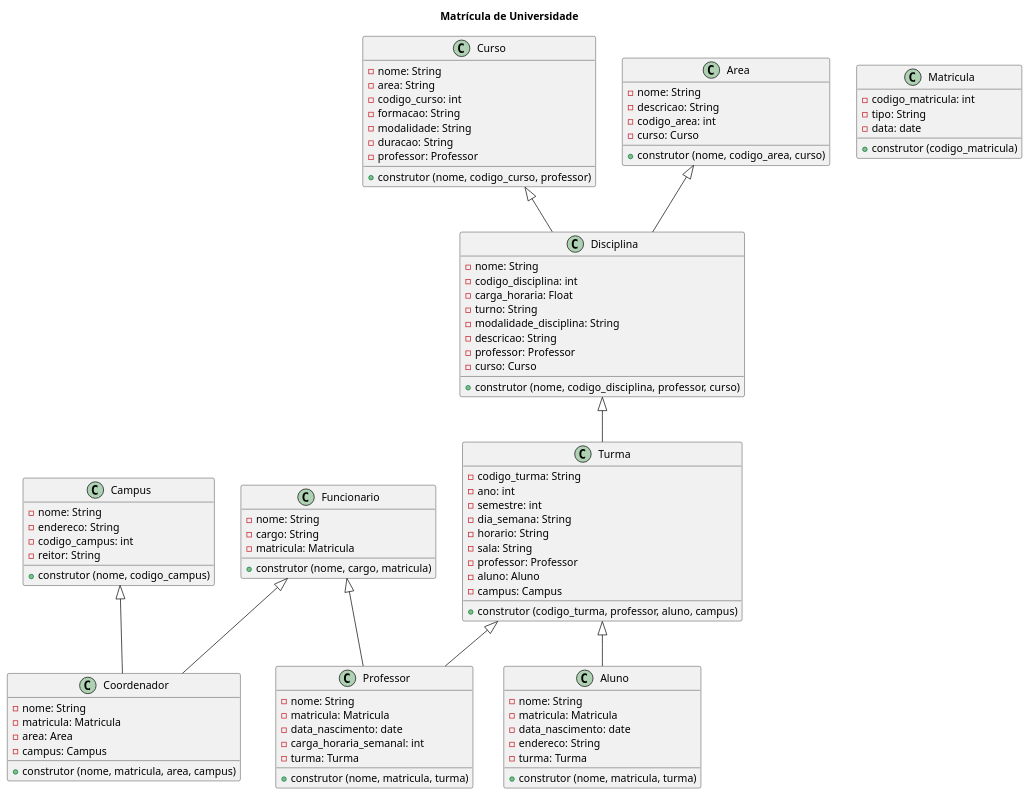
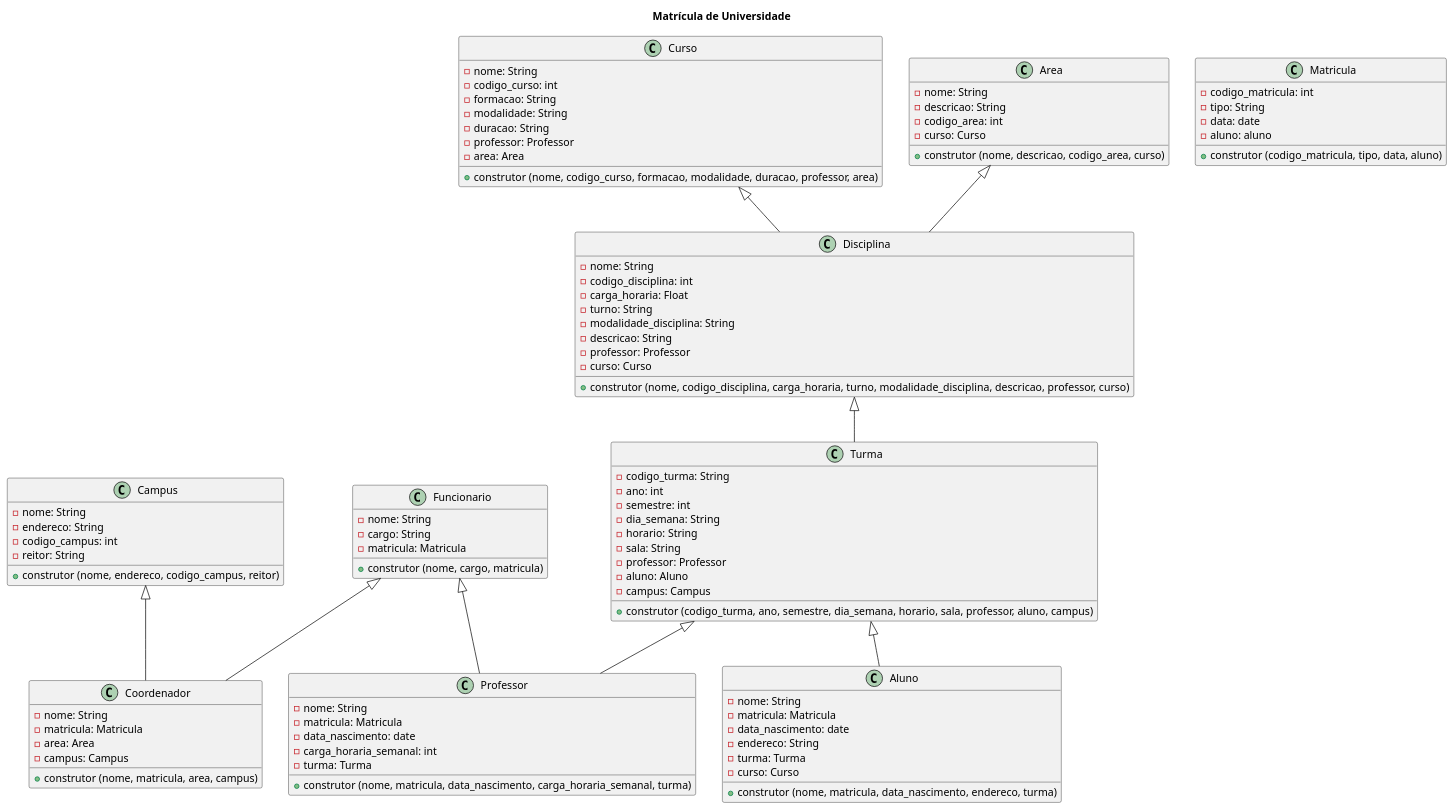
Before and after one commit to anleaes/2022-1-N2-POO-05: the diagram in diagrama.plantuml, drawn with PlantUML. The commit also changed 10 other files, not shown here.

Commit message:
adicionei todas as classes que estavam criadas no diagrama

```diff
--- a/diagrama.plantuml
+++ b/diagrama.plantuml
@@ -1,107 +1,109 @@
 @startuml
 
 title Matrícula de Universidade
 
 
 class Aluno{
     - nome: String
     - matricula: Matricula 
     - data_nascimento: date
     - endereco: String
     - turma: Turma
-    + construtor (nome, matricula, turma)
+    - curso: Curso
+    + construtor (nome, matricula, data_nascimento, endereco, turma)
 }
 
 class Turma{
     - codigo_turma: String
     - ano: int
     - semestre: int
     - dia_semana: String
     - horario: String
     - sala: String
     - professor: Professor
     - aluno: Aluno
     - campus: Campus
-    + construtor (codigo_turma, professor, aluno, campus)
+    + construtor (codigo_turma, ano, semestre, dia_semana, horario, sala, professor, aluno, campus)
 }
 
 class Professor{
     - nome: String
     - matricula: Matricula
     - data_nascimento: date
     - carga_horaria_semanal: int
     - turma: Turma
-    + construtor (nome, matricula, turma)
+    + construtor (nome, matricula, data_nascimento, carga_horaria_semanal, turma)
 }
 
 class Curso{
     - nome: String  
-    - area: String
     - codigo_curso: int
     - formacao: String
     - modalidade: String
     - duracao: String
     - professor: Professor
-    + construtor (nome, codigo_curso, professor)
+    - area: Area
+    + construtor (nome, codigo_curso, formacao, modalidade, duracao, professor, area)
 }
 
 class Disciplina{
     - nome: String
     - codigo_disciplina: int
     - carga_horaria: Float
     - turno: String
     - modalidade_disciplina: String
     - descricao: String
     - professor: Professor
     - curso: Curso
-    + construtor (nome, codigo_disciplina, professor, curso)
+    + construtor (nome, codigo_disciplina, carga_horaria, turno, modalidade_disciplina, descricao, professor, curso)
 }
 
 class Coordenador{
     - nome: String
     - matricula: Matricula
     - area: Area
     - campus: Campus
     + construtor (nome, matricula, area, campus)
 }
 
 class Matricula{
     - codigo_matricula: int
     - tipo: String
     - data: date
-    + construtor (codigo_matricula)
+    - aluno: aluno
+    + construtor (codigo_matricula, tipo, data, aluno)
 }
 
 class Funcionario{
     - nome: String
     - cargo: String
     - matricula: Matricula
     + construtor (nome, cargo, matricula)
 }
 
 class Area{
     - nome: String
     - descricao: String
     - codigo_area: int
     - curso: Curso
-    + construtor (nome, codigo_area, curso)
+    + construtor (nome, descricao, codigo_area, curso)
 }
 
 class Campus{
     - nome: String
     - endereco: String
     - codigo_campus: int
     - reitor: String
-    + construtor (nome, codigo_campus)
+    + construtor (nome, endereco, codigo_campus, reitor)
 }
 
 Turma <|-- Aluno
 Turma <|-- Professor
 Disciplina <|-- Turma
 Funcionario <|-- Professor
 Funcionario <|-- Coordenador
 Campus <|-- Coordenador
 Area <|-- Disciplina
 Curso <|-- Disciplina
 
 @enduml
```
